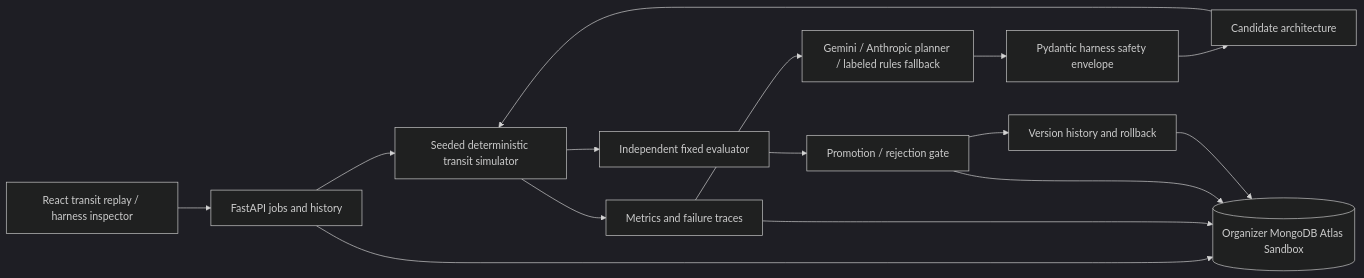
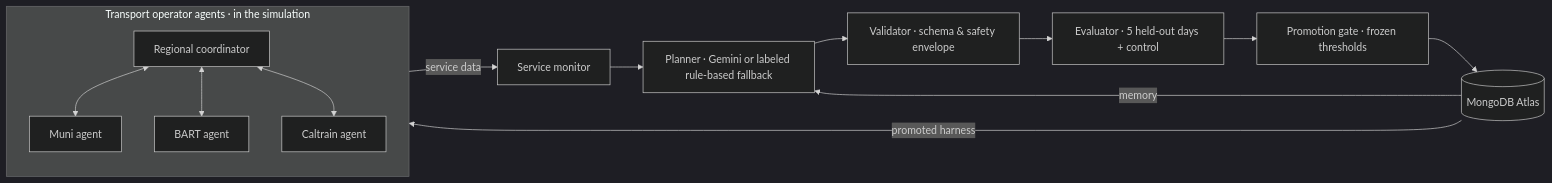
Before and after one commit to jin-dalrae/bayflow: the diagram in README.md, drawn with Mermaid (dark theme). The commit also changed other lines of this file, not shown here.

Commit message:
Rewrite README concisely around the agent loop and current results

````diff
--- a/README.md
+++ b/README.md
@@ -125,17 +11,16 @@
 ```mermaid
 flowchart LR
-    UI[React transit replay / harness inspector] --> API[FastAPI jobs and history]
-    API --> SIM[Seeded deterministic transit simulator]
-    SIM --> TRACES[Metrics and failure traces]
-    TRACES --> PLANNER[Gemini / Anthropic planner / labeled rules fallback]
-    PLANNER --> SCHEMA[Pydantic harness safety envelope]
-    SCHEMA --> CANDIDATE[Candidate architecture]
-    CANDIDATE --> SIM
-    SIM --> EVAL[Independent fixed evaluator]
-    EVAL --> GATE[Promotion / rejection gate]
-    GATE --> VERSION[Version history and rollback]
-    API --> ATLAS[(Organizer MongoDB Atlas Sandbox)]
-    TRACES --> ATLAS
-    GATE --> ATLAS
-    VERSION --> ATLAS
+    subgraph Operators[Transport operator agents · in the simulation]
+      COORD[Regional coordinator] <--> MUNI[Muni agent]
+      COORD <--> BART[BART agent]
+      COORD <--> CAL[Caltrain agent]
+    end
+    Operators -- service data --> MON[Service monitor]
+    MON --> PLAN[Planner · Gemini or labeled rule-based fallback]
+    PLAN --> VAL[Validator · schema & safety envelope]
+    VAL --> EVAL[Evaluator · 5 held-out days + control]
+    EVAL --> GATE[Promotion gate · frozen thresholds]
+    GATE --> ATLAS[(MongoDB Atlas)]
+    ATLAS -- memory --> PLAN
+    ATLAS -- promoted harness --> Operators
 ```
````
